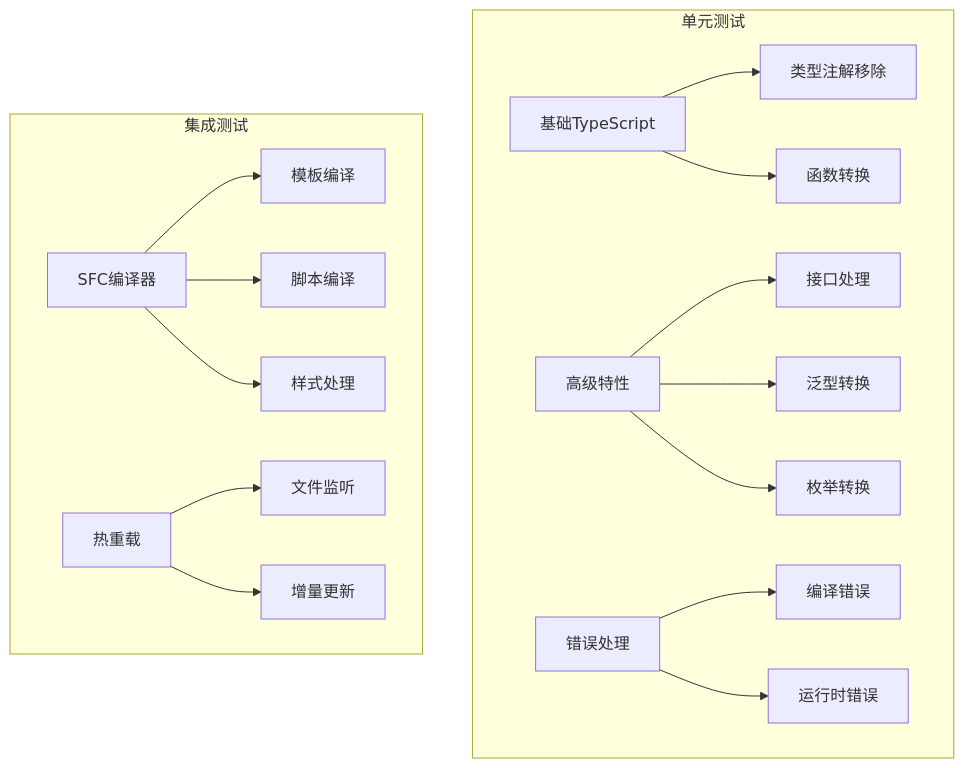
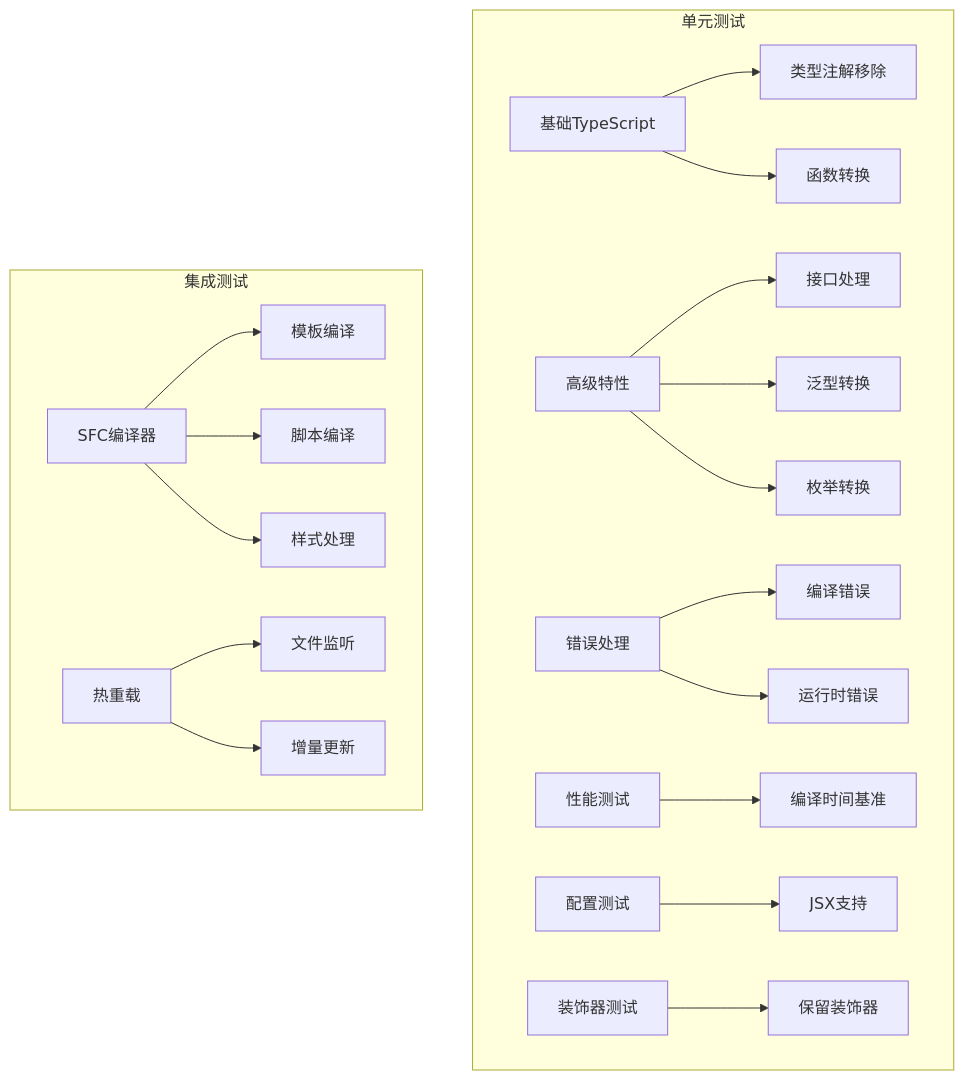
One commit to itszzl-sudo/iris changed the sixth of 7 diagrams in .qoder/repowiki/zh/content/项目概述/技术架构总览/SWC集成可行性评估.md. Above: the diagram before and after it, drawn with Mermaid. The commit also changed other lines of this file and 23 other files, not shown here.

````diff
--- a/.qoder/repowiki/zh/content/项目概述/技术架构总览/SWC集成可行性评估.md
+++ b/.qoder/repowiki/zh/content/项目概述/技术架构总览/SWC集成可行性评估.md
@@ -328,19 +275,22 @@
 ```mermaid
 graph TB
 subgraph "单元测试"
 A[基础TypeScript] --> B[类型注解移除]
 A --> C[函数转换]
 D[高级特性] --> E[接口处理]
 D --> F[泛型转换]
 D --> G[枚举转换]
 H[错误处理] --> I[编译错误]
 H --> J[运行时错误]
+K[性能测试] --> L[编译时间基准]
+M[配置测试] --> N[JSX支持]
+O[装饰器测试] --> P[保留装饰器]
 end
 subgraph "集成测试"
-K[SFC编译器] --> L[模板编译]
-K --> M[脚本编译]
-K --> N[样式处理]
-O[热重载] --> P[文件监听]
-O --> Q[增量更新]
+Q[SFC编译器] --> R[模板编译]
+Q --> S[脚本编译]
+Q --> T[样式处理]
+U[热重载] --> V[文件监听]
+U --> W[增量更新]
 end
 ```
````
